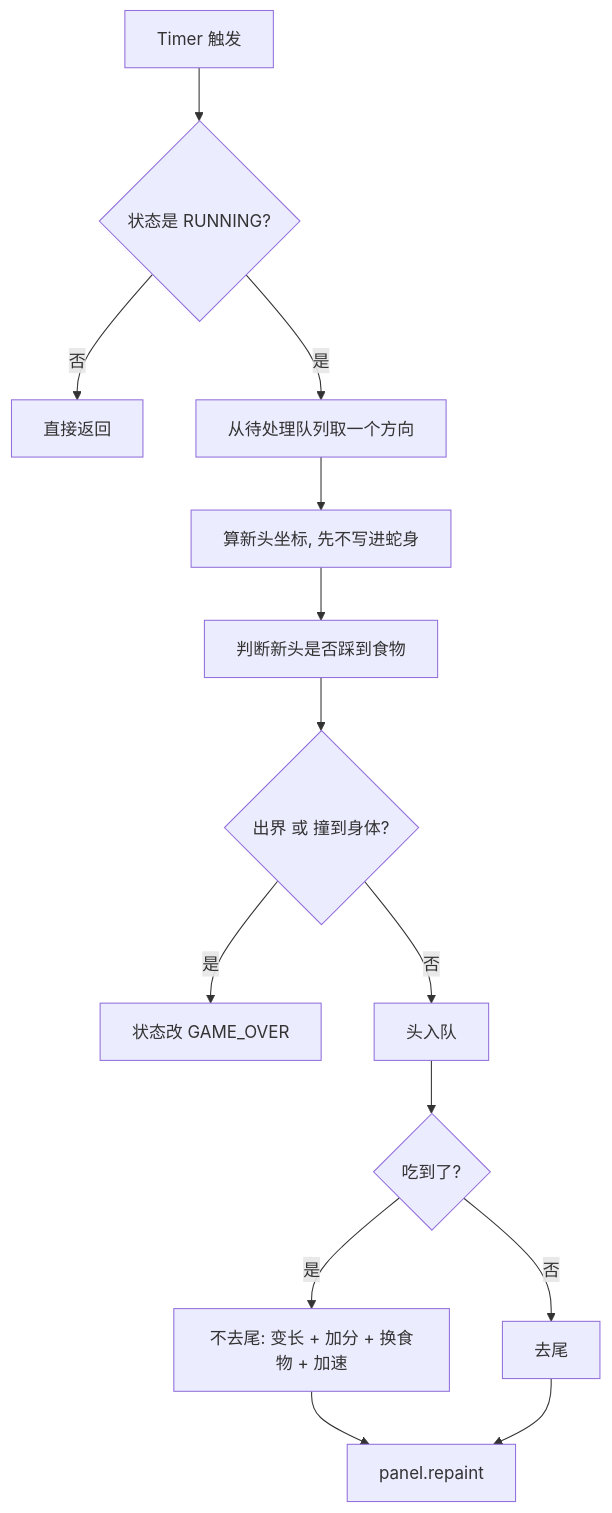
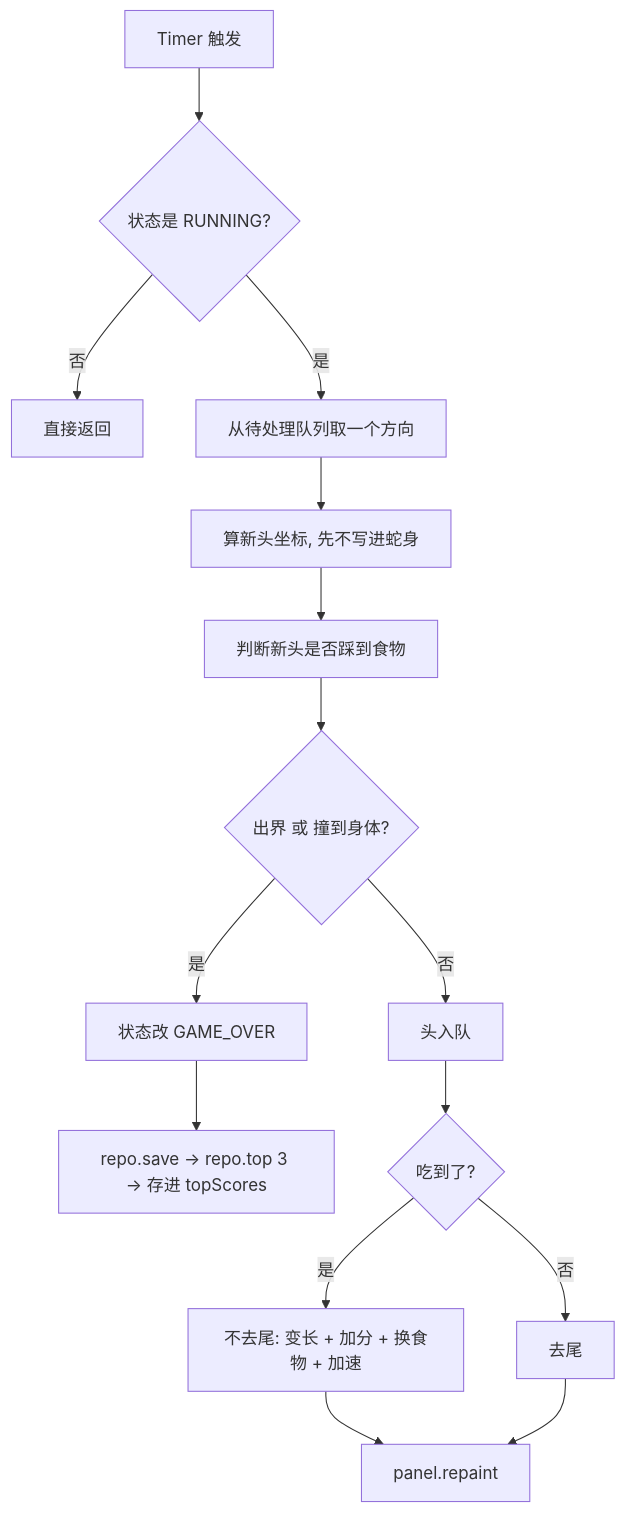
One commit to Jayfan111/Snake changed the first of 2 diagrams in README.md. Above: the diagram before and after it, drawn with Mermaid. The commit also changed other lines of this file and 9 other files, not shown here.

````diff
--- a/README.md
+++ b/README.md
@@ -132,16 +196,17 @@
 ```mermaid
 flowchart TD
     A[Timer 触发] --> B{状态是 RUNNING?}
     B -- 否 --> Z[直接返回]
     B -- 是 --> C[从待处理队列取一个方向]
     C --> D[算新头坐标, 先不写进蛇身]
     D --> E[判断新头是否踩到食物]
     E --> F{出界 或 撞到身体?}
     F -- 是 --> G[状态改 GAME_OVER]
+    G --> G2[repo.save → repo.top 3 → 存进 topScores]
     F -- 否 --> H[头入队]
     H --> I{吃到了?}
     I -- 是 --> J[不去尾: 变长 + 加分 + 换食物 + 加速]
     I -- 否 --> K[去尾]
     J --> L[panel.repaint]
     K --> L
 ```
````
